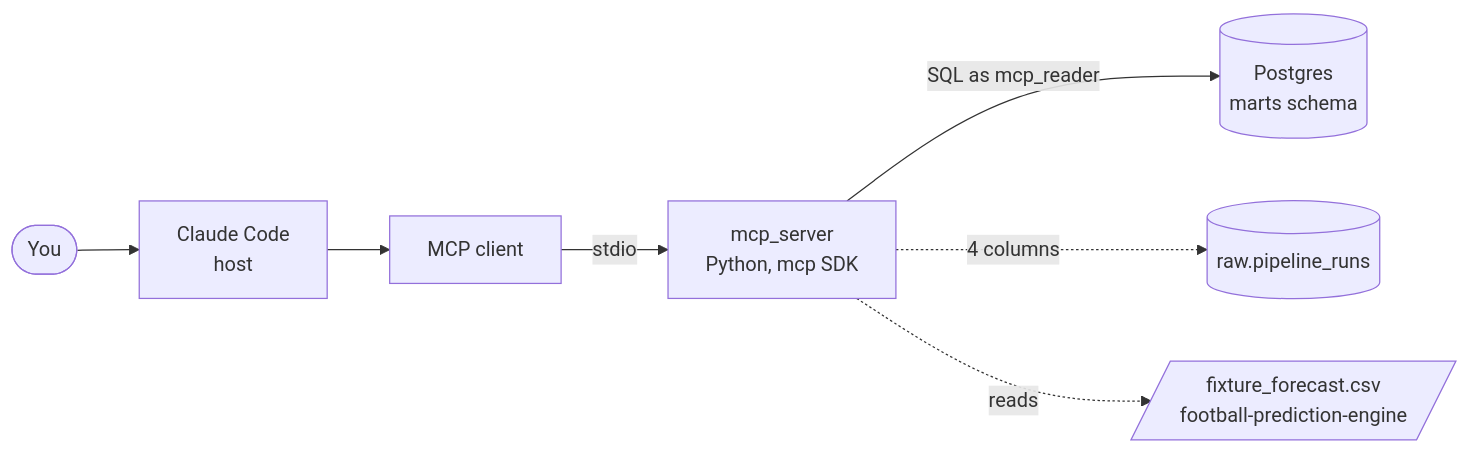
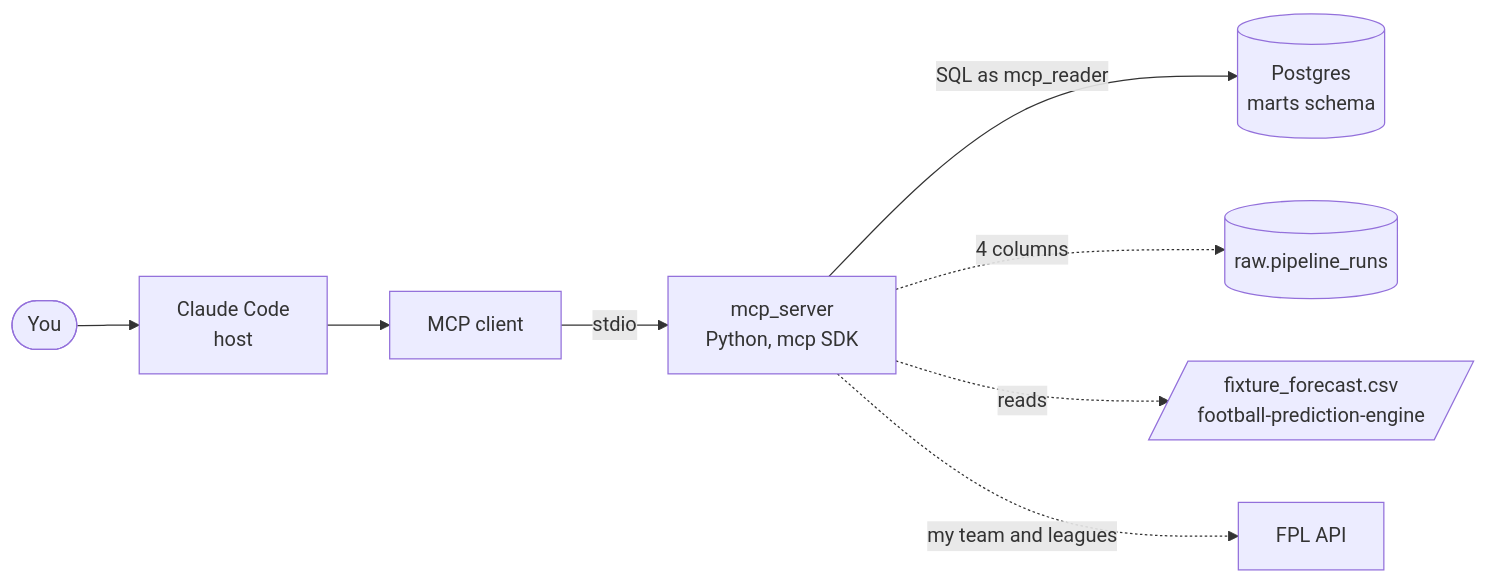
One commit to yutsz1203/fpl-data-pipeline changed the fourth of 4 diagrams in README.md. Above: the diagram before and after it, drawn with Mermaid. The commit also changed other lines of this file and 1 other file, not shown here.

````diff
--- a/README.md
+++ b/README.md
@@ -181,9 +200,10 @@
 ```mermaid
 flowchart LR
     user([You]) --> host[Claude Code<br/>host]
     host --> client[MCP client]
     client -- stdio --> server[mcp_server<br/>Python, mcp SDK]
     server -- SQL as mcp_reader --> marts[(Postgres<br/>marts schema)]
     server -. 4 columns .-> runs[(raw.pipeline_runs)]
     server -. reads .-> forecast[/fixture_forecast.csv<br/>football-prediction-engine/]
+    server -. my team and leagues .-> fplapi[FPL API]
 ```
````
